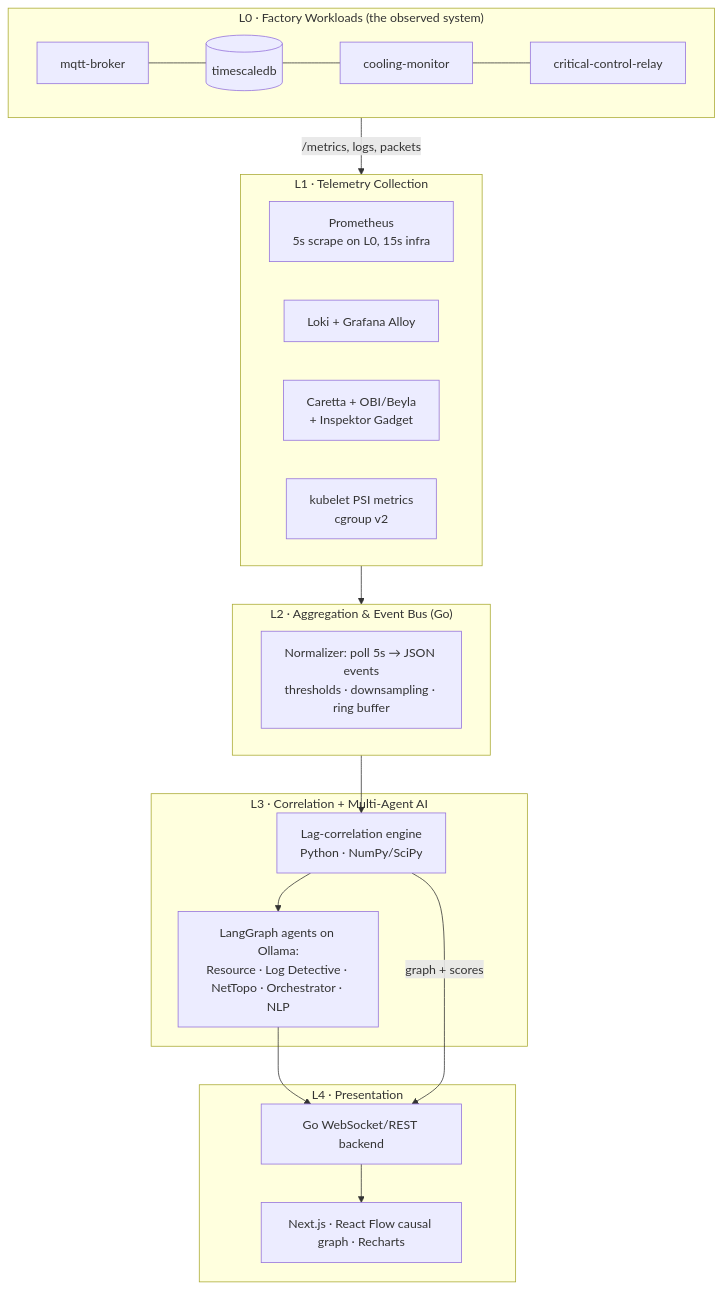
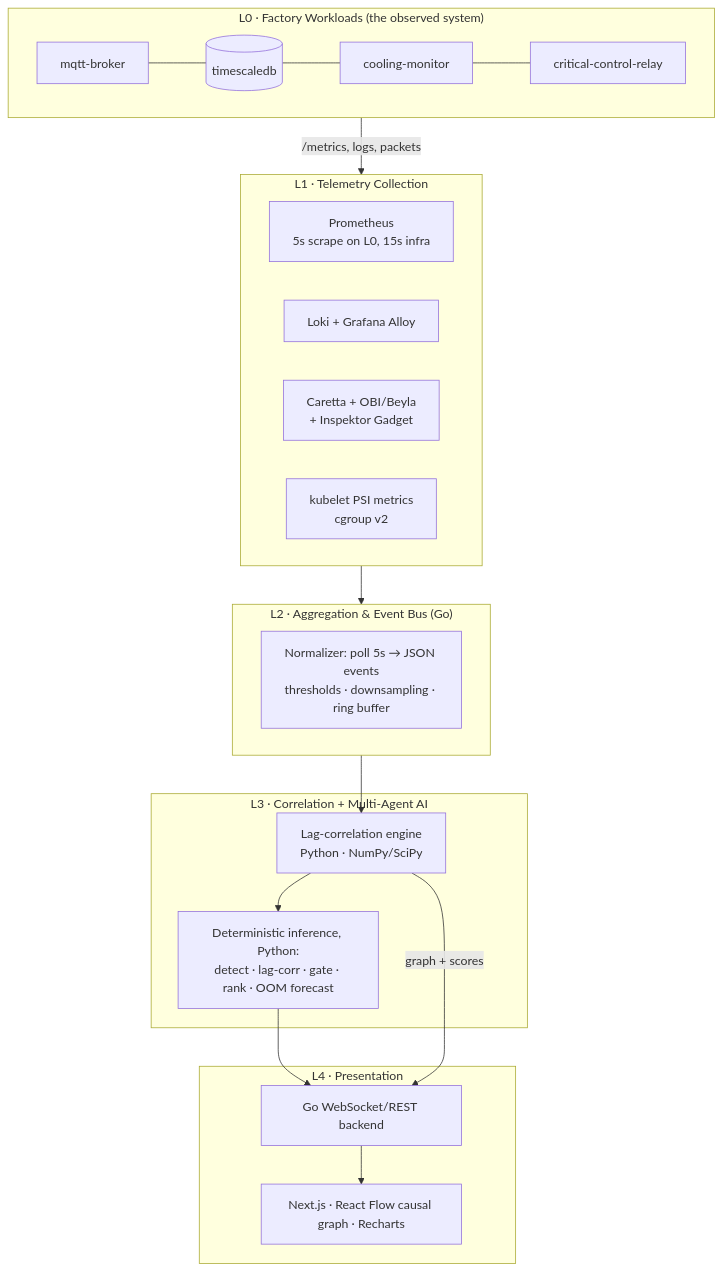
The first of 3 diagrams in MASTER_PLAN.md (GreaseMonkeyIT/ABB_Accelerator_Proto), drawn with Mermaid before and after one commit. The commit also changed other lines of this file and 10 other files, not shown here.

````diff
--- a/MASTER_PLAN.md
+++ b/MASTER_PLAN.md
@@ -36,25 +38,25 @@
 ```mermaid
 flowchart TB
     subgraph L0["L0 · Factory Workloads (the observed system)"]
         MQTT[mqtt-broker] --- TSDB[(timescaledb)] --- COOL[cooling-monitor] --- CCR[critical-control-relay]
     end
     subgraph L1["L1 · Telemetry Collection"]
         VM[Prometheus<br/>5s scrape on L0, 15s infra]
         LOKI[Loki + Grafana Alloy]
         EBPF[Caretta + OBI/Beyla<br/>+ Inspektor Gadget]
         PSI[kubelet PSI metrics<br/>cgroup v2]
     end
     subgraph L2["L2 · Aggregation & Event Bus (Go)"]
         AGG[Normalizer: poll 5s → JSON events<br/>thresholds · downsampling · ring buffer]
     end
     subgraph L3["L3 · Correlation + Multi-Agent AI"]
         CORR[Lag-correlation engine<br/>Python · NumPy/SciPy]
-        AGENTS[LangGraph agents on Ollama:<br/>Resource · Log Detective · NetTopo · Orchestrator · NLP]
+        AGENTS[Deterministic inference, Python:<br/>detect · lag-corr · gate · rank · OOM forecast]
     end
     subgraph L4["L4 · Presentation"]
         GO[Go WebSocket/REST backend]
         UI[Next.js · React Flow causal graph · Recharts]
     end
     L0 -->|/metrics, logs, packets| L1 --> L2 --> CORR --> AGENTS --> GO --> UI
     CORR -->|graph + scores| GO
 ```
````
